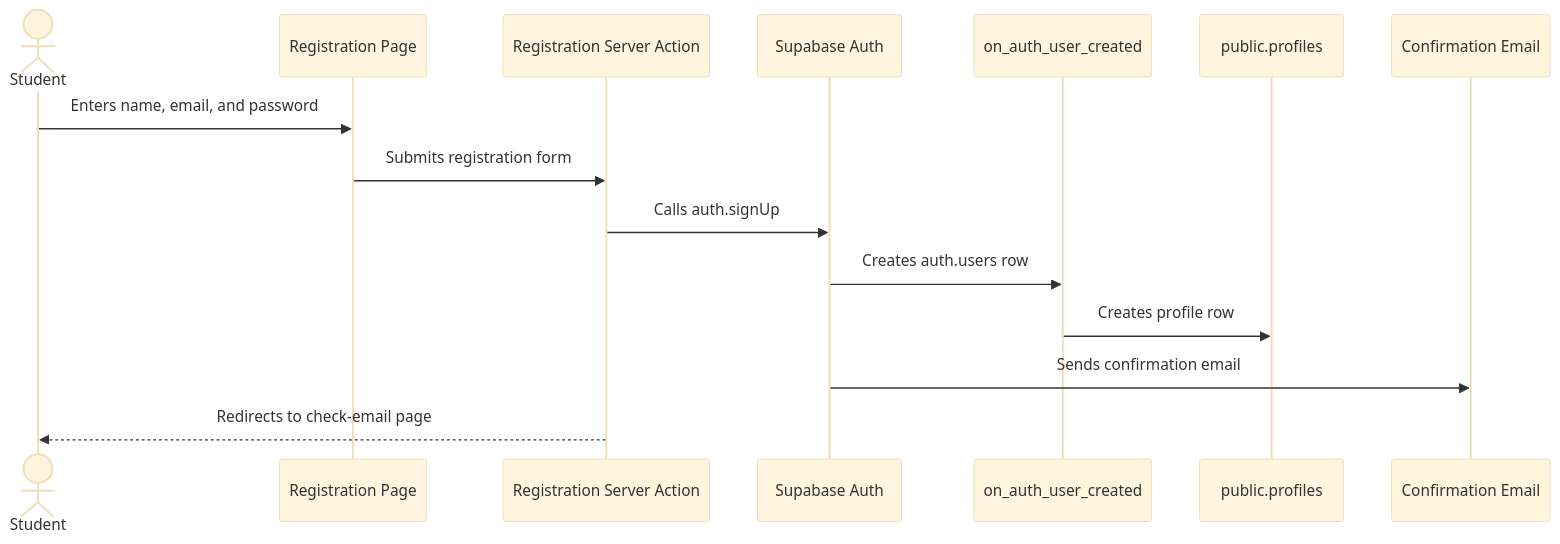
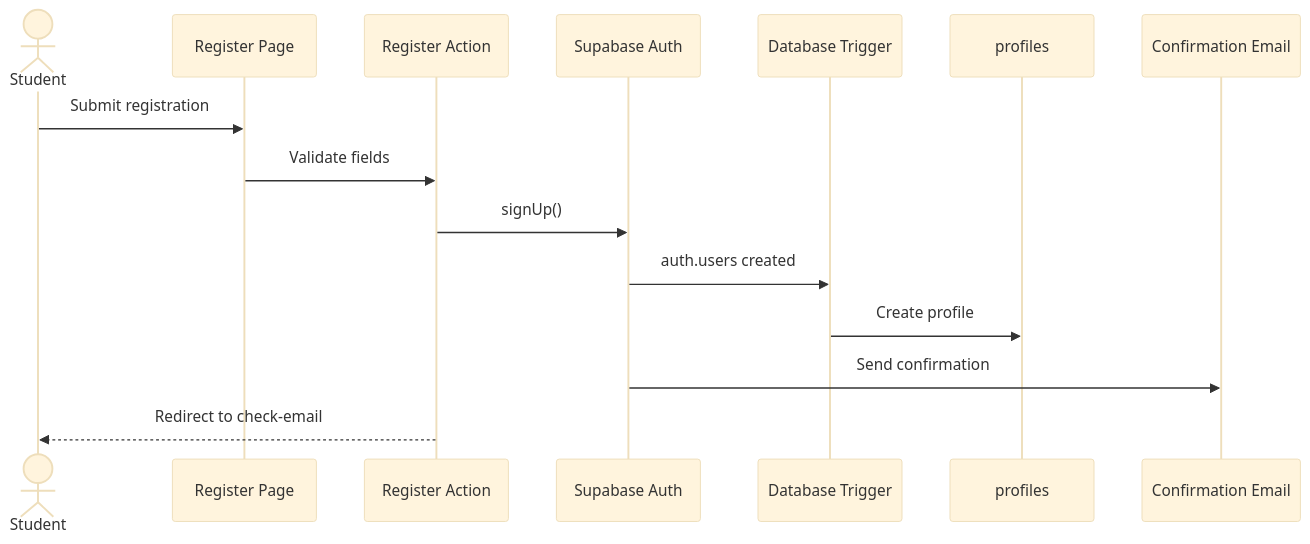
Before and after one commit to jianna-acc/stsp-capstone: the first of 5 diagrams in docs/authentication.md, drawn with Mermaid (base theme). The commit also changed other lines of this file and 67 other files, not shown here.

````diff
--- a/docs/authentication.md
+++ b/docs/authentication.md
@@ -70,18 +56,18 @@
 ```mermaid
 sequenceDiagram
     actor Student
-    participant Register as Registration Page
-    participant Action as Registration Server Action
+    participant Register as Register Page
+    participant Action as Register Action
     participant Supabase as Supabase Auth
-    participant Trigger as on_auth_user_created
-    participant Profile as public.profiles
+    participant Trigger as Database Trigger
+    participant Profile as profiles
     participant Email as Confirmation Email
 
-    Student->>Register: Enters name, email, and password
-    Register->>Action: Submits registration form
-    Action->>Supabase: Calls auth.signUp
-    Supabase->>Trigger: Creates auth.users row
-    Trigger->>Profile: Creates profile row
-    Supabase->>Email: Sends confirmation email
-    Action-->>Student: Redirects to check-email page
+    Student->>Register: Submit registration
+    Register->>Action: Validate fields
+    Action->>Supabase: signUp()
+    Supabase->>Trigger: auth.users created
+    Trigger->>Profile: Create profile
+    Supabase->>Email: Send confirmation
+    Action-->>Student: Redirect to check-email
 ```
````
